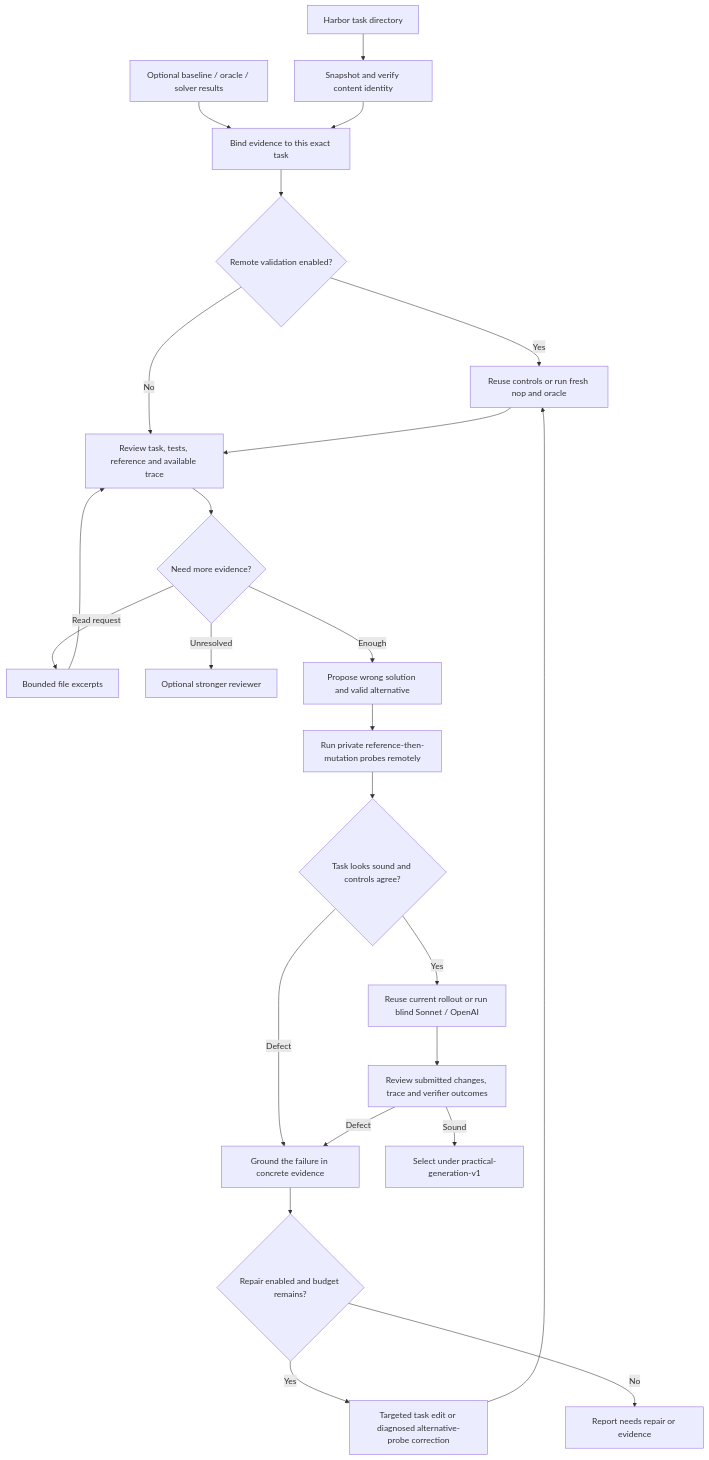
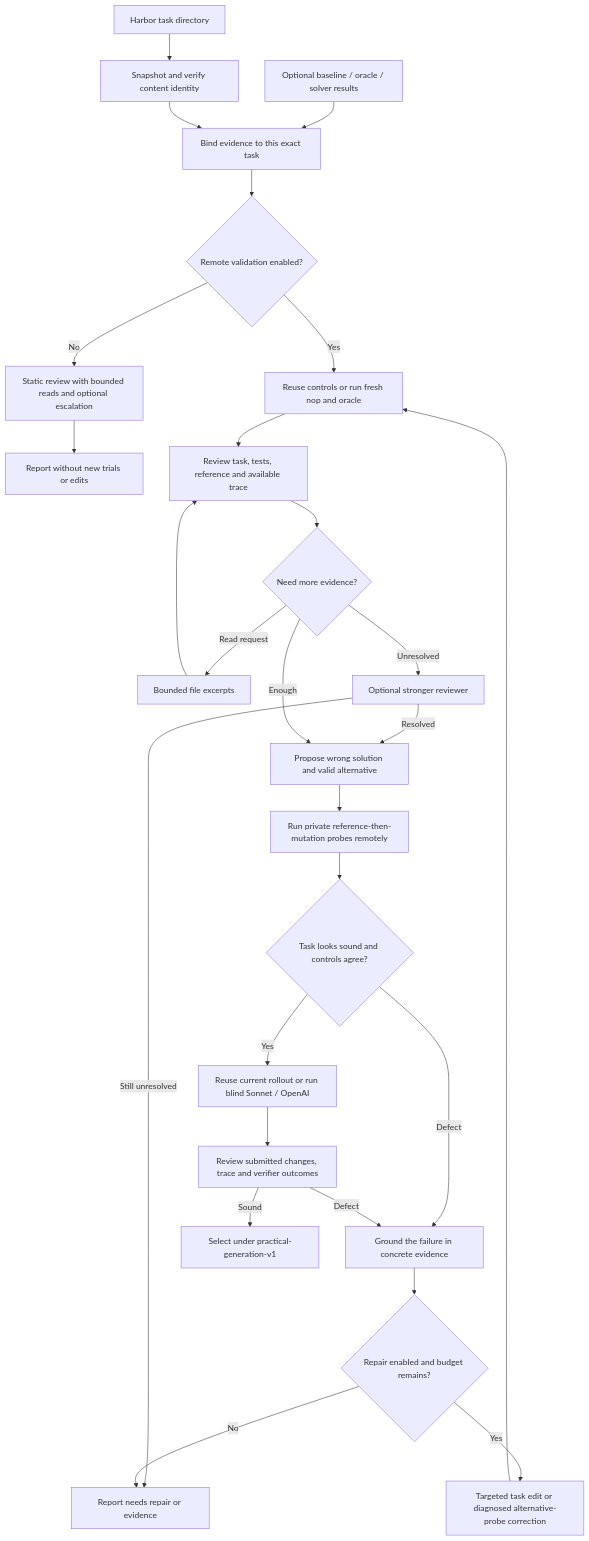
One commit to huggingface/Repo2RLEnv changed the diagram in docs/pipelines/quality_loop.md. Above: the diagram before and after it, drawn with Mermaid. The commit also changed other lines of this file, not shown here.

Commit message:
docs: record review loop calibration and verified R2E repair

````diff
--- a/docs/pipelines/quality_loop.md
+++ b/docs/pipelines/quality_loop.md
@@ -13,26 +13,29 @@
 ```mermaid
 flowchart TD
     A[Harbor task directory] --> B[Snapshot and verify content identity]
     E[Optional baseline / oracle / solver results] --> C[Bind evidence to this exact task]
     B --> C
     C --> D{Remote validation enabled?}
     D -->|Yes| F[Reuse controls or run fresh nop and oracle]
-    D -->|No| G[Review task, tests, reference and available trace]
-    F --> G
+    D -->|No| U[Static review with bounded reads and optional escalation]
+    U --> V[Report without new trials or edits]
+    F --> G[Review task, tests, reference and available trace]
     G --> H{Need more evidence?}
     H -->|Read request| I[Bounded file excerpts]
     I --> G
     H -->|Unresolved| J[Optional stronger reviewer]
+    J -->|Resolved| K
+    J -->|Still unresolved| S
     H -->|Enough| K[Propose wrong solution and valid alternative]
     K --> L[Run private reference-then-mutation probes remotely]
     L --> M{Task looks sound and controls agree?}
     M -->|Yes| N[Reuse current rollout or run blind Sonnet / OpenAI]
     N --> O[Review submitted changes, trace and verifier outcomes]
     M -->|Defect| P[Ground the failure in concrete evidence]
     O -->|Defect| P
     P --> Q{Repair enabled and budget remains?}
     Q -->|Yes| R[Targeted task edit or diagnosed alternative-probe correction]
     R --> F
     Q -->|No| S[Report needs repair or evidence]
     O -->|Sound| T[Select under practical-generation-v1]
 ```
````
